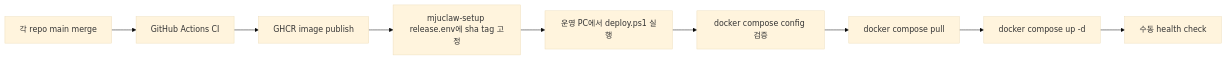
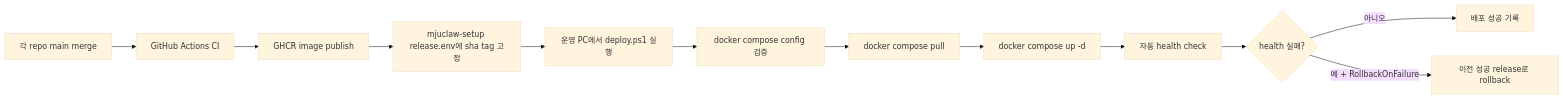
The second of 2 diagrams in DEPLOYMENT.md (university-claw/mjuclaw-setup), drawn with Mermaid (base theme) before and after one commit. The commit also changed other lines of this file and 3 other files, not shown here.

Commit message:
chore: add deploy health checks and rollback

````diff
--- a/DEPLOYMENT.md
+++ b/DEPLOYMENT.md
@@ -109,11 +109,14 @@
 ```mermaid
 flowchart LR
   A["각 repo main merge"] --> B["GitHub Actions CI"]
   B --> C["GHCR image publish"]
   C --> D["mjuclaw-setup release.env에 sha tag 고정"]
   D --> E["운영 PC에서 deploy.ps1 실행"]
   E --> F["docker compose config 검증"]
   F --> G["docker compose pull"]
   G --> H["docker compose up -d"]
-  H --> I["수동 health check"]
+  H --> I["자동 health check"]
+  I --> J{"health 실패?"}
+  J -- "아니오" --> K["배포 성공 기록"]
+  J -- "예 + RollbackOnFailure" --> L["이전 성공 release로 rollback"]
 ```
````
